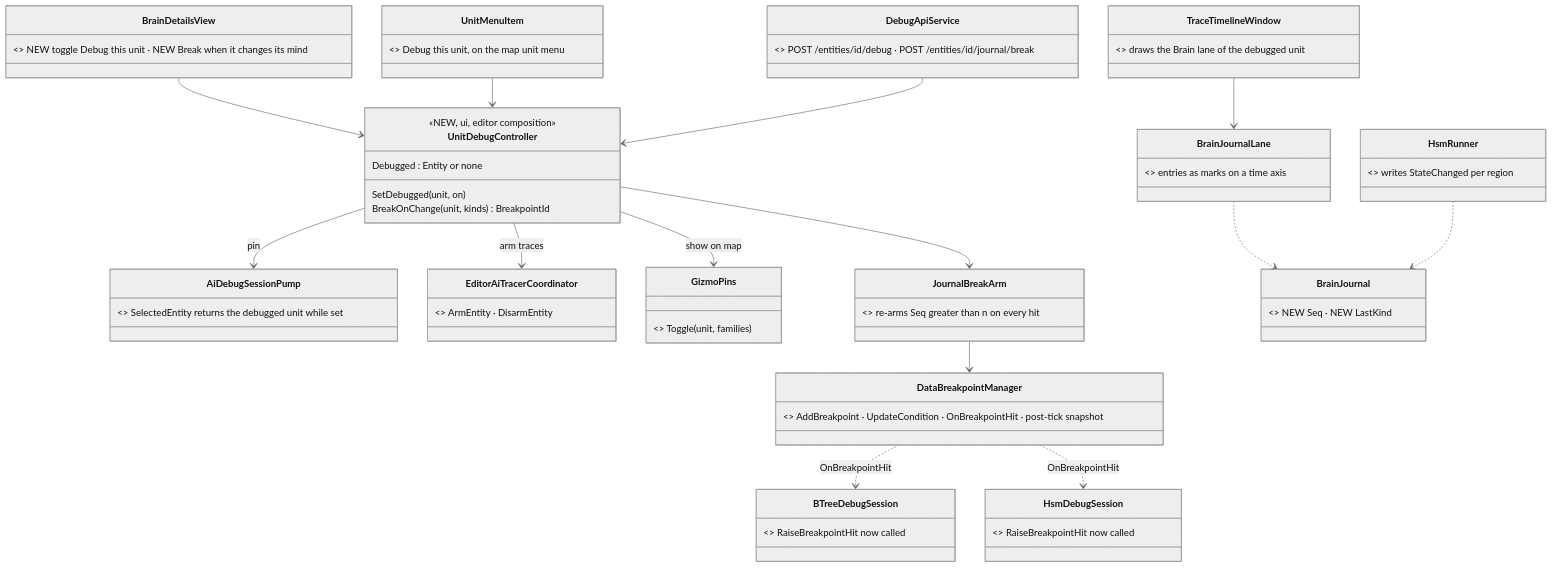
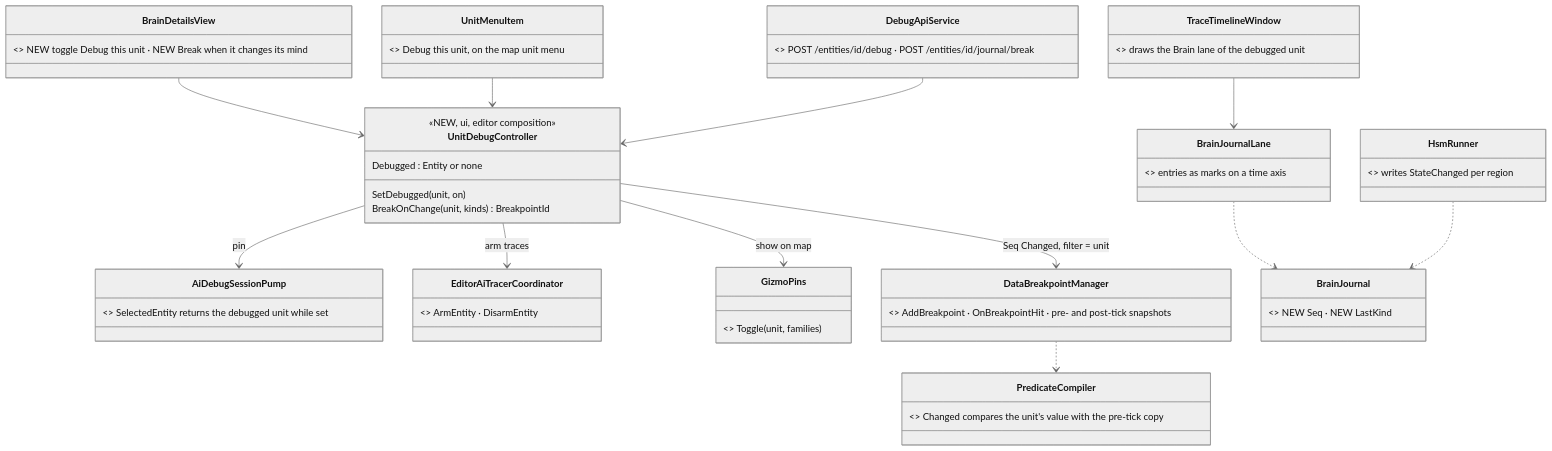
Before and after one commit to pjanec/HROT: the eighth of 10 diagrams in docs/DESIGN_Entity_Brain_View.md, drawn with Mermaid (neutral theme). The commit also changed other lines of this file and 6 other files, not shown here.

````diff
--- a/docs/DESIGN_Entity_Brain_View.md
+++ b/docs/DESIGN_Entity_Brain_View.md
@@ -397,36 +399,32 @@
 ```mermaid
 classDiagram
   class UnitDebugController {
     <<NEW, ui, editor composition>>
     Debugged : Entity or none
     SetDebugged(unit, on)
     BreakOnChange(unit, kinds) BreakpointId
   }
   class BrainDetailsView { <<Phase 1>> NEW toggle Debug this unit · NEW Break when it changes its mind }
   class UnitMenuItem { <<NEW>> Debug this unit, on the map unit menu }
   class DebugApiService { <<exists, changed>> POST /entities/id/debug · POST /entities/id/journal/break }
   class AiDebugSessionPump { <<exists, changed BV-22>> SelectedEntity returns the debugged unit while set }
   class EditorAiTracerCoordinator { <<exists>> ArmEntity · DisarmEntity }
   class GizmoPins { <<exists, R-227>> Toggle(unit, families) }
-  class DataBreakpointManager { <<exists>> AddBreakpoint · UpdateCondition · OnBreakpointHit · post-tick snapshot }
-  class JournalBreakArm { <<NEW>> re-arms Seq greater than n on every hit }
+  class DataBreakpointManager { <<exists>> AddBreakpoint · OnBreakpointHit · pre- and post-tick snapshots }
+  class PredicateCompiler { <<exists, changed>> Changed compares the unit's value with the pre-tick copy }
   class BrainJournal { <<Phase 2, changed>> NEW Seq · NEW LastKind }
-  class BTreeDebugSession { <<exists, changed>> RaiseBreakpointHit now called }
-  class HsmDebugSession { <<exists, changed>> RaiseBreakpointHit now called }
   class TraceTimelineWindow { <<exists, changed>> draws the Brain lane of the debugged unit }
   class BrainJournalLane { <<NEW>> entries as marks on a time axis }
   class HsmRunner { <<exists, changed>> writes StateChanged per region }
   BrainDetailsView --> UnitDebugController
   UnitMenuItem --> UnitDebugController
   DebugApiService --> UnitDebugController
   UnitDebugController --> AiDebugSessionPump : pin
   UnitDebugController --> EditorAiTracerCoordinator : arm traces
   UnitDebugController --> GizmoPins : show on map
-  UnitDebugController --> JournalBreakArm
-  JournalBreakArm --> DataBreakpointManager
-  DataBreakpointManager ..> BTreeDebugSession : OnBreakpointHit
-  DataBreakpointManager ..> HsmDebugSession : OnBreakpointHit
+  UnitDebugController --> DataBreakpointManager : Seq Changed, filter = unit
+  DataBreakpointManager ..> PredicateCompiler
   TraceTimelineWindow --> BrainJournalLane
   BrainJournalLane ..> BrainJournal
   HsmRunner ..> BrainJournal
 ```
````
